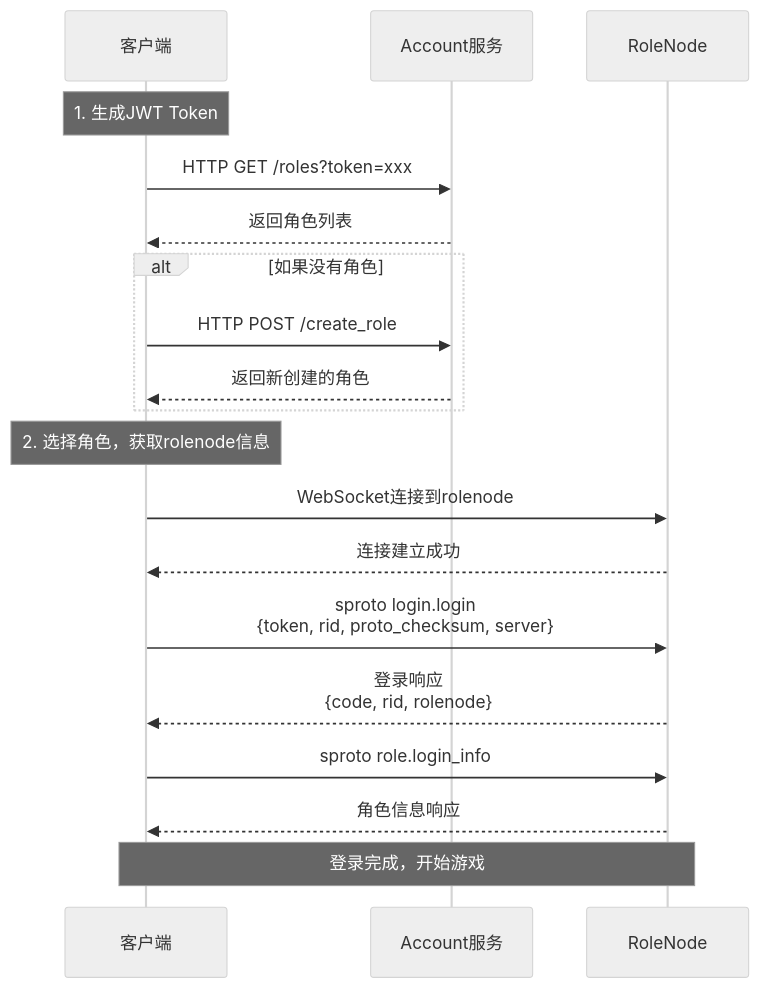
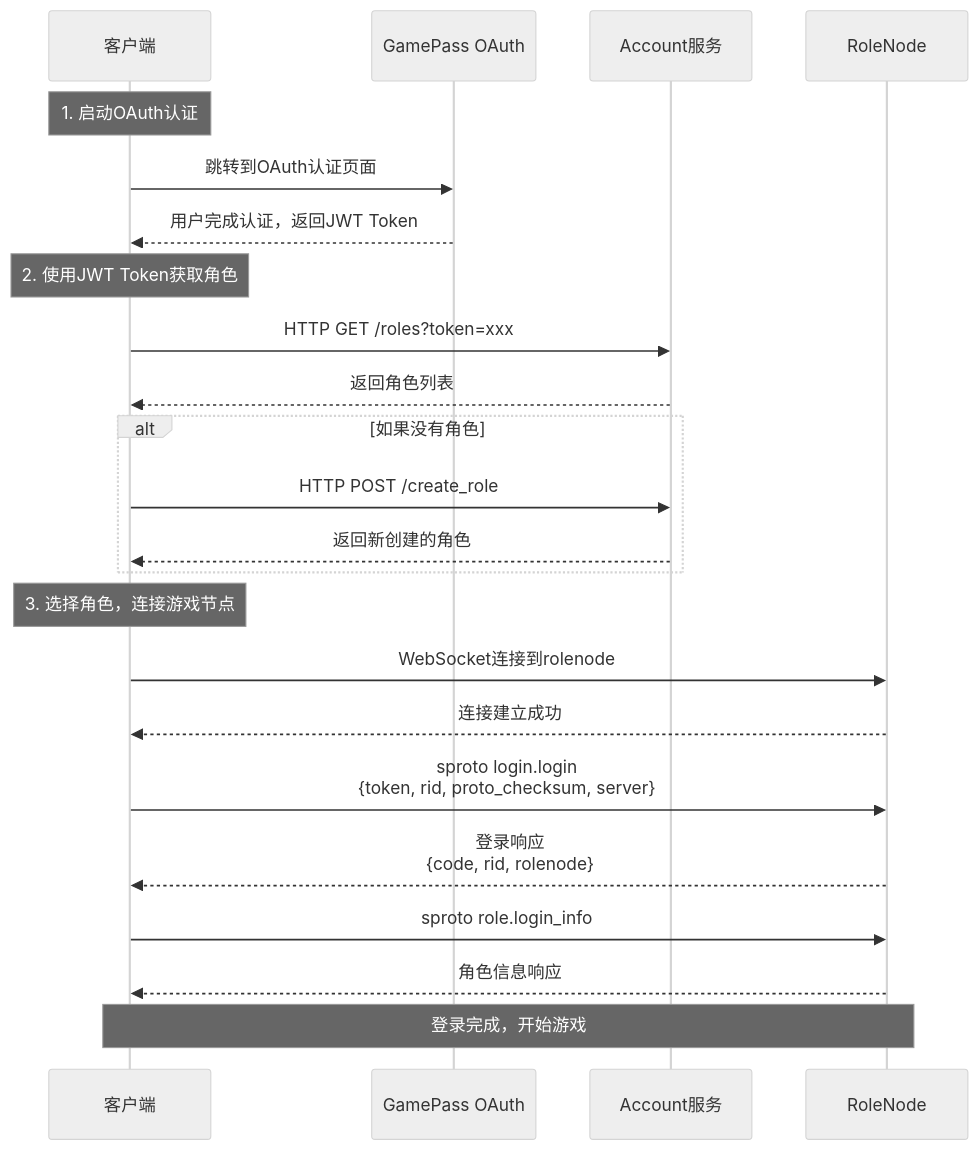
One commit to hanxi/phaser-game changed the sixth of 7 diagrams in login_flow_diagram.md. Above: the diagram before and after it, drawn with Mermaid (neutral theme). The commit also changed other lines of this file, not shown here.

Commit message:
更新流程图

````diff
--- a/login_flow_diagram.md
+++ b/login_flow_diagram.md
@@ -82,27 +189,32 @@
 ```mermaid
 sequenceDiagram
     participant C as 客户端
+    participant GP as GamePass OAuth
     participant A as Account服务
     participant R as RoleNode
     
-    Note over C: 1. 生成JWT Token
+    Note over C: 1. 启动OAuth认证
+    C->>GP: 跳转到OAuth认证页面
+    GP-->>C: 用户完成认证，返回JWT Token
+    
+    Note over C: 2. 使用JWT Token获取角色
     C->>A: HTTP GET /roles?token=xxx
     A-->>C: 返回角色列表
     
     alt 如果没有角色
         C->>A: HTTP POST /create_role
         A-->>C: 返回新创建的角色
     end
     
-    Note over C: 2. 选择角色，获取rolenode信息
+    Note over C: 3. 选择角色，连接游戏节点
     C->>R: WebSocket连接到rolenode
     R-->>C: 连接建立成功
     
     C->>R: sproto login.login<br/>{token, rid, proto_checksum, server}
     R-->>C: 登录响应<br/>{code, rid, rolenode}
     
     C->>R: sproto role.login_info
     R-->>C: 角色信息响应
     
     Note over C,R: 登录完成，开始游戏
 ```
````
